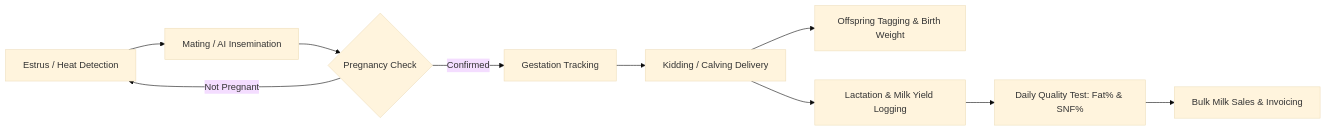
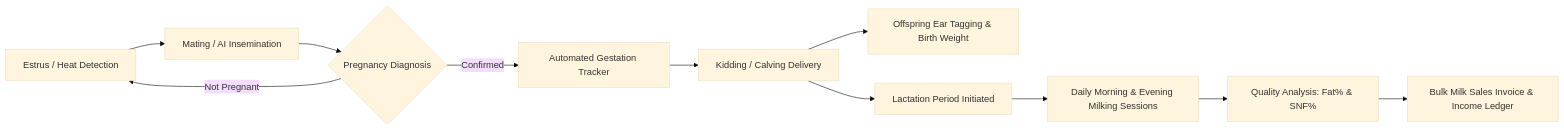
Before and after one commit to PamirNayak/PPFarms-backend: the fourth of 5 diagrams in README.md, drawn with Mermaid (base theme). The commit also changed other lines of this file, not shown here.

````diff
--- a/README.md
+++ b/README.md
@@ -91,12 +138,13 @@
 ```mermaid
 flowchart LR
     A[Estrus / Heat Detection] --> B[Mating / AI Insemination]
-    B --> C{Pregnancy Check}
-    C -- Confirmed --> D[Gestation Tracking]
+    B --> C{Pregnancy Diagnosis}
     C -- Not Pregnant --> A
+    C -- Confirmed --> D[Automated Gestation Tracker]
     D --> E[Kidding / Calving Delivery]
-    E --> F[Offspring Tagging & Birth Weight]
-    E --> G[Lactation & Milk Yield Logging]
-    G --> H[Daily Quality Test: Fat% & SNF%]
-    H --> I[Bulk Milk Sales & Invoicing]
+    E --> F[Offspring Ear Tagging & Birth Weight]
+    E --> G[Lactation Period Initiated]
+    G --> H[Daily Morning & Evening Milking Sessions]
+    H --> I[Quality Analysis: Fat% & SNF%]
+    I --> J[Bulk Milk Sales Invoice & Income Ledger]
 ```
````
